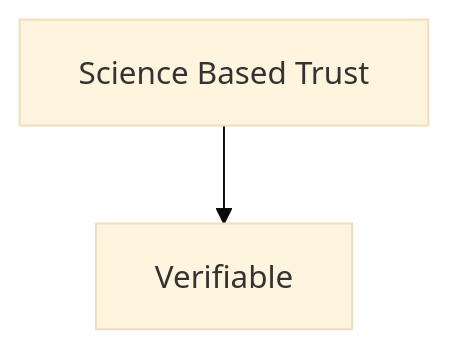
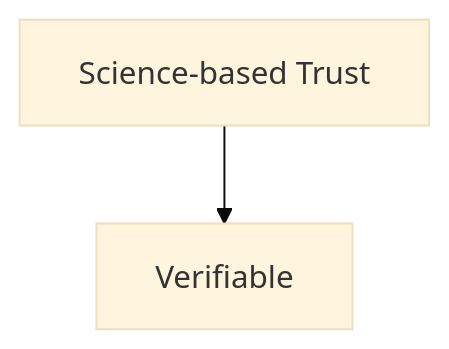
Before and after one commit to kianenigma/what-blockchain-actually: the second of 4 diagrams in content/Content/What/What Is This All About?.md, drawn with Mermaid (base theme). The commit also changed other lines of this file and 89 other files, not shown here.

````diff
--- a/content/Content/What/What Is This All About?.md
+++ b/content/Content/What/What Is This All About?.md
@@ -27,5 +27,5 @@
 ```mermaid
-flowchart 
-ST[Science Based Trust]
+flowchart
+ST[Science-based Trust]
 ST --> Verifiable
 ```
````
